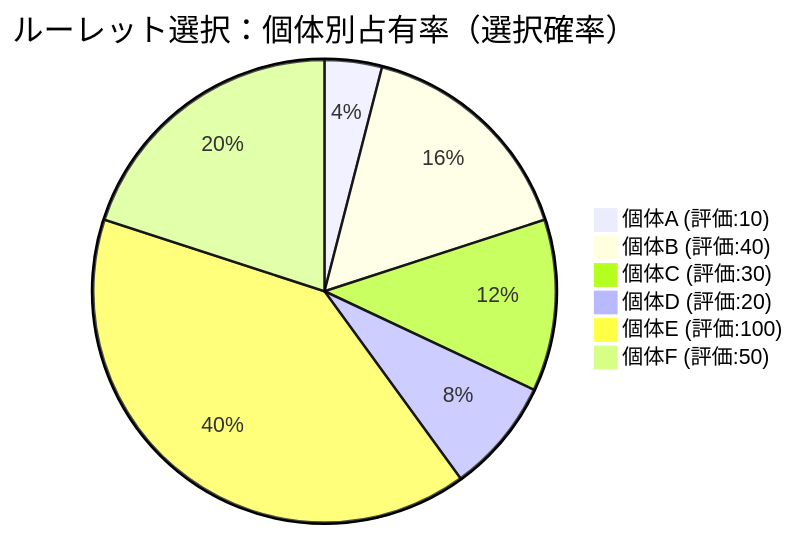
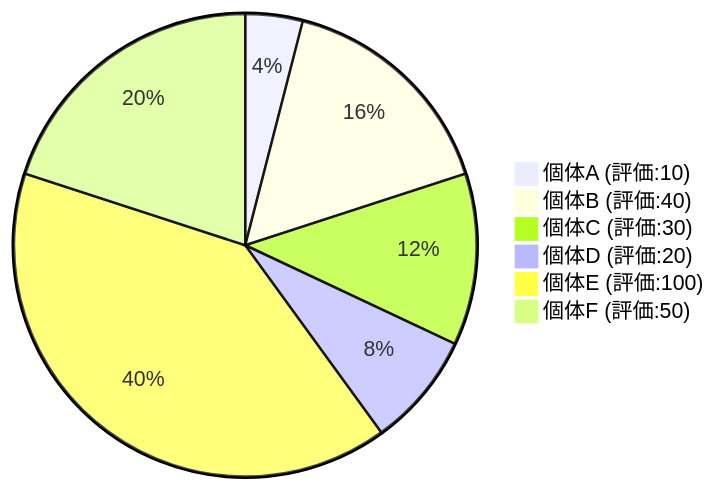
Before and after one commit to GooBitGitKome/my-portfolio: the second of 4 diagrams in docs/Optimization/遺伝的アルゴリズム (Genetic Algorithm;GA)をゼロから実装 in Python.md, drawn with Mermaid. The commit also changed other lines of this file and 2 other files, not shown here.

Commit message:
change a figure caption color for darkmode

````diff
--- a/docs/Optimization/遺伝的アルゴリズム (Genetic Algorithm;GA)をゼロから実装 in Python.md
+++ b/docs/Optimization/遺伝的アルゴリズム (Genetic Algorithm;GA)をゼロから実装 in Python.md
@@ -95,9 +95,9 @@
 ```mermaid
-pie title ルーレット選択：個体別占有率（選択確率）
+pie
     "個体A (評価:10)" : 0.04
     "個体B (評価:40)" : 0.16
     "個体C (評価:30)" : 0.12
     "個体D (評価:20)" : 0.08
     "個体E (評価:100)" : 0.4
     "個体F (評価:50)" : 0.2
 ```
````
